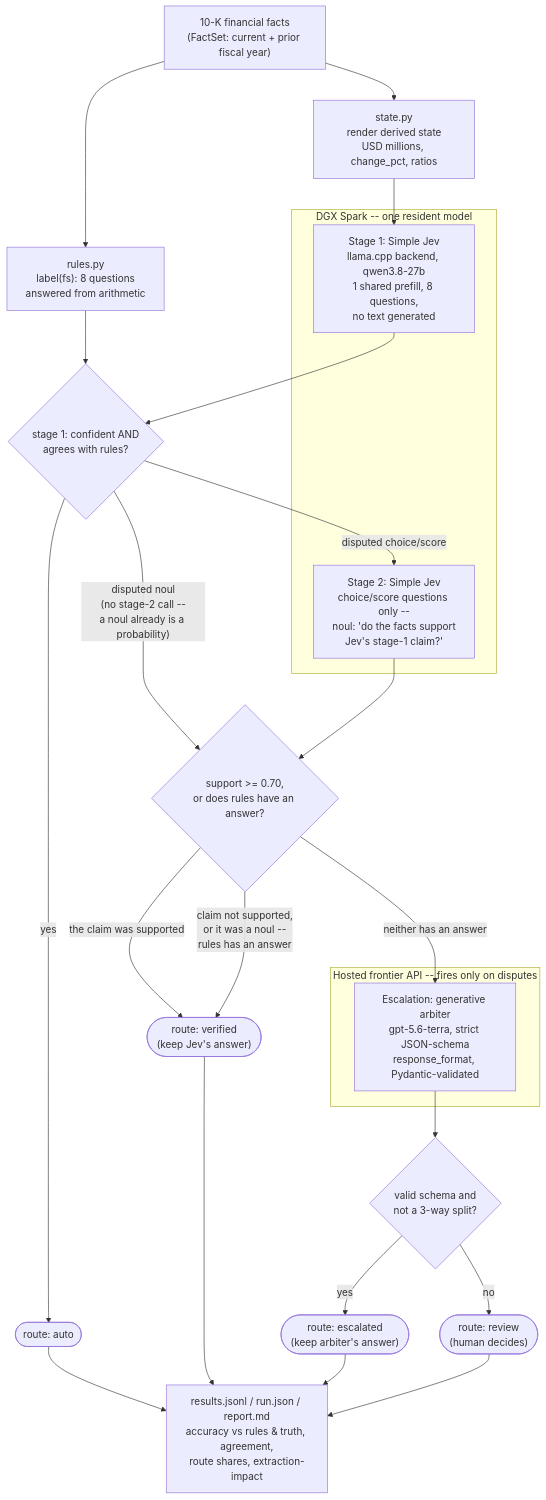
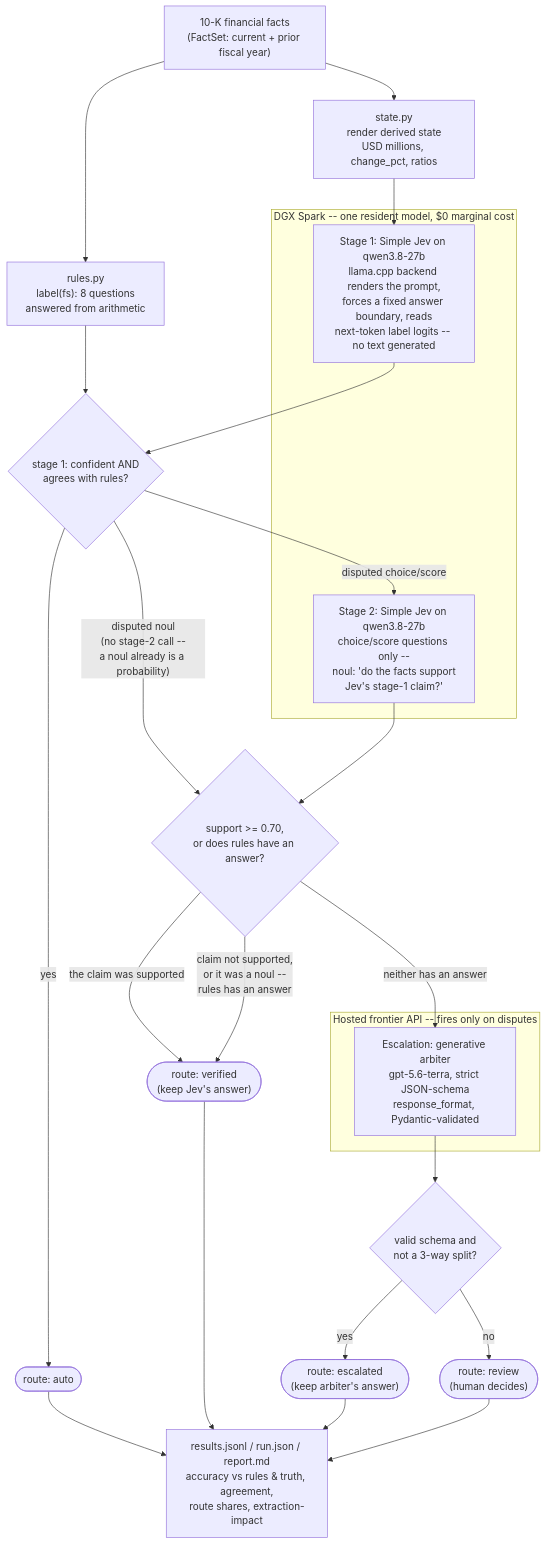
The first of 2 diagrams in README.md (skiingfalcon/investment-signal-classifier), drawn with Mermaid before and after one commit. The commit also changed other lines of this file and 9 other files, not shown here.

````diff
--- a/README.md
+++ b/README.md
@@ -20,35 +33,35 @@
 ```mermaid
 flowchart TD
     A["10-K financial facts<br/>(FactSet: current + prior fiscal year)"] --> B["state.py<br/>render derived state<br/>USD millions, change_pct, ratios"]
     A --> D["rules.py<br/>label(fs): 8 questions<br/>answered from arithmetic"]
 
-    subgraph Spark["DGX Spark -- one resident model"]
-        C["Stage 1: Simple Jev<br/>llama.cpp backend, qwen3.8-27b<br/>1 shared prefill, 8 questions,<br/>no text generated"]
-        G["Stage 2: Simple Jev<br/>choice/score questions only --<br/>noul: 'do the facts support<br/>Jev's stage-1 claim?'"]
+    subgraph Spark["DGX Spark -- one resident model, $0 marginal cost"]
+        C["Stage 1: Simple Jev on qwen3.8-27b<br/>llama.cpp backend renders the prompt,<br/>forces a fixed answer boundary, reads<br/>next-token label logits -- no text generated"]
+        G["Stage 2: Simple Jev on qwen3.8-27b<br/>choice/score questions only --<br/>noul: 'do the facts support<br/>Jev's stage-1 claim?'"]
     end
 
     B --> C
     C --> E{"stage 1: confident AND<br/>agrees with rules?"}
     D --> E
     E -->|yes| F1(["route: auto"])
     E -->|disputed choice/score| G
     E -->|"disputed noul<br/>(no stage-2 call --<br/>a noul already is a probability)"| H
 
     G --> H{"support &gt;= 0.70,<br/>or does rules have an answer?"}
     H -->|"the claim was supported"| F2(["route: verified<br/>(keep Jev's answer)"])
     H -->|"claim not supported,<br/>or it was a noul --<br/>rules has an answer"| F2
     H -->|neither has an answer| I
 
     subgraph Hosted["Hosted frontier API -- fires only on disputes"]
         I["Escalation: generative arbiter<br/>gpt-5.6-terra, strict JSON-schema<br/>response_format, Pydantic-validated"]
     end
 
     I --> J{"valid schema and<br/>not a 3-way split?"}
     J -->|yes| F3(["route: escalated<br/>(keep arbiter's answer)"])
     J -->|no| F4(["route: review<br/>(human decides)"])
 
     F1 --> K["results.jsonl / run.json / report.md<br/>accuracy vs rules &amp; truth, agreement,<br/>route shares, extraction-impact"]
     F2 --> K
     F3 --> K
     F4 --> K
 ```
````
